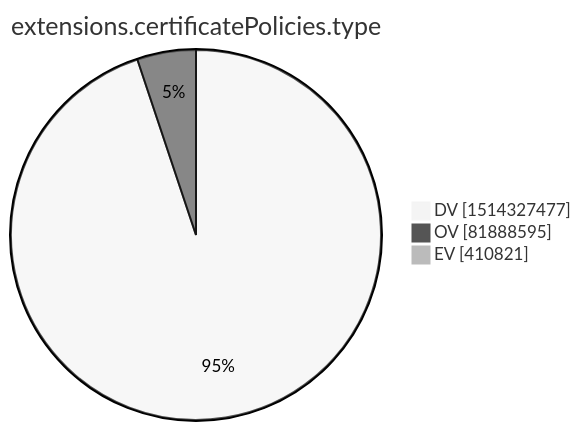
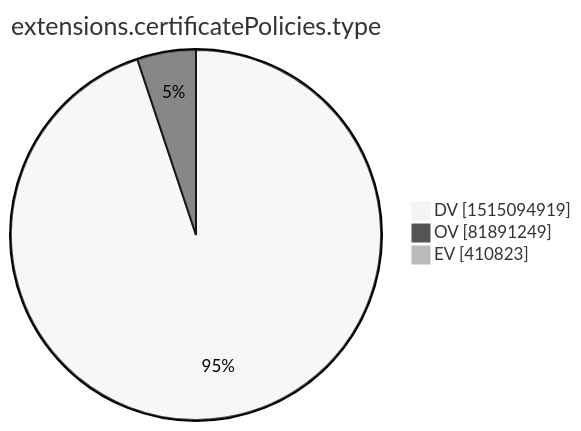
Before and after one commit to christiankrug/ctmonitor_visualization: the tenth of 15 diagrams in xenon2022/README.md, drawn with Mermaid (neutral theme). The commit also changed other lines of this file, not shown here.

````diff
--- a/xenon2022/README.md
+++ b/xenon2022/README.md
@@ -2875,7 +2875,7 @@
 ```mermaid
 pie showData
 title extensions.certificatePolicies.type
-"DV" :1514327477
-"OV" :81888595
-"EV" :410821
+"DV" :1515094919
+"OV" :81891249
+"EV" :410823
 ```
````
